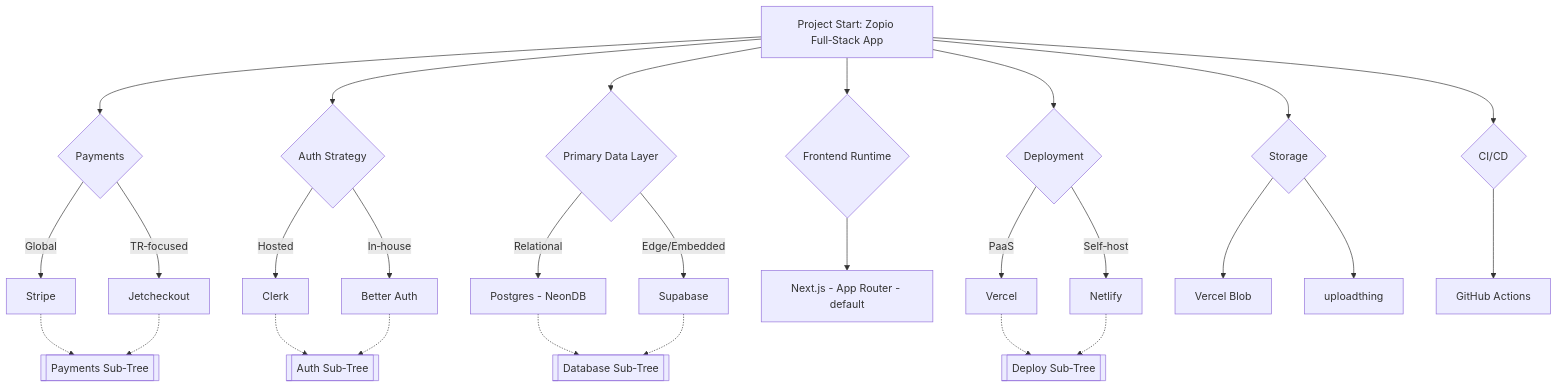
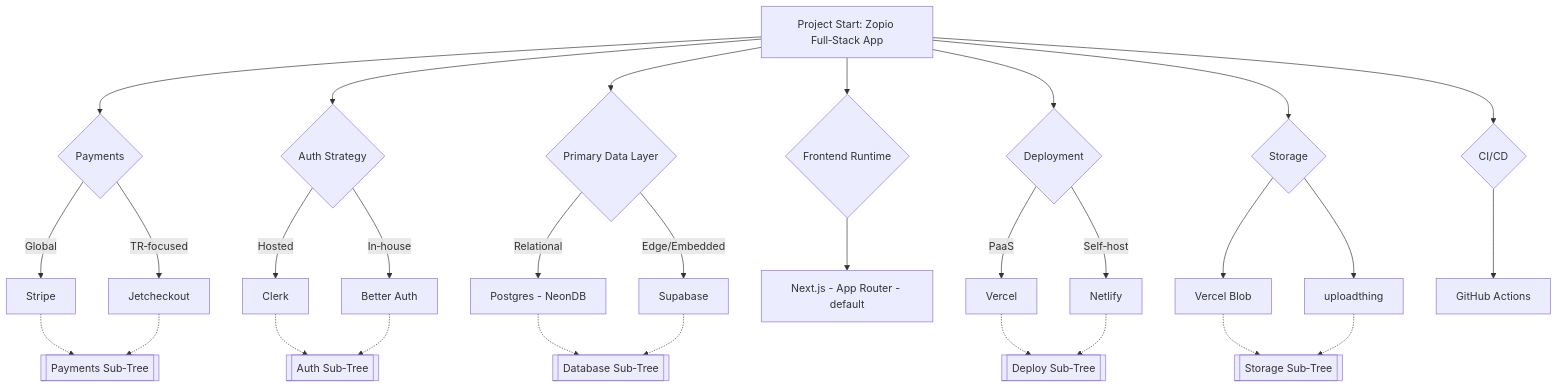
One commit to mehmetburakyavuz/test-dog changed the first of 7 diagrams in README.md. Above: the diagram before and after it, drawn with Mermaid. The commit also changed other lines of this file, not shown here.

````diff
--- a/README.md
+++ b/README.md
@@ -154,39 +154,40 @@
 ```mermaid
 flowchart TD
-
     A[Project Start: Zopio Full‑Stack App] --> B{Payments}
     B -->|Global| C[Stripe]
     B -->|TR‑focused| D[Jetcheckout]
 
     A --> E{Auth Strategy}
     E -->|Hosted| F[Clerk]
     E -->|In‑house| G[Better Auth]
 
     A --> H{Primary Data Layer}
     H -->|Relational| I[Postgres - NeonDB]
     H -->|Edge/Embedded| J[Supabase]
 
     A --> K{Frontend Runtime}
     K --> L[Next.js - App Router - default]
 
     A --> M{Deployment}
     M -->|PaaS| N[Vercel]
     M -->|Self‑host| O[Netlify]
 
     A --> P{Storage}
     P --> Q[Vercel Blob]
     P --> R[uploadthing]
 
     A --> S{CI/CD}
     S --> T[GitHub Actions]
 
     %% Cross‑refs
     C -.-> U[[Payments Sub‑Tree]]
     D -.-> U
     F -.-> V[[Auth Sub‑Tree]]
     G -.-> V
     I -.-> W[[Database Sub‑Tree]]
     J -.-> W
+    Q -.-> Y[[Storage Sub‑Tree]]
+    R -.-> Y
     N -.-> X[[Deploy Sub‑Tree]]
     O -.-> X
 ```
````
